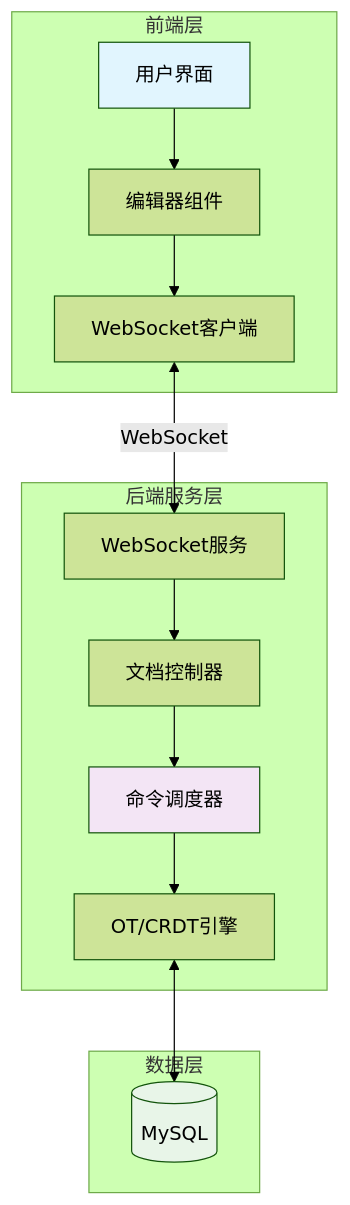
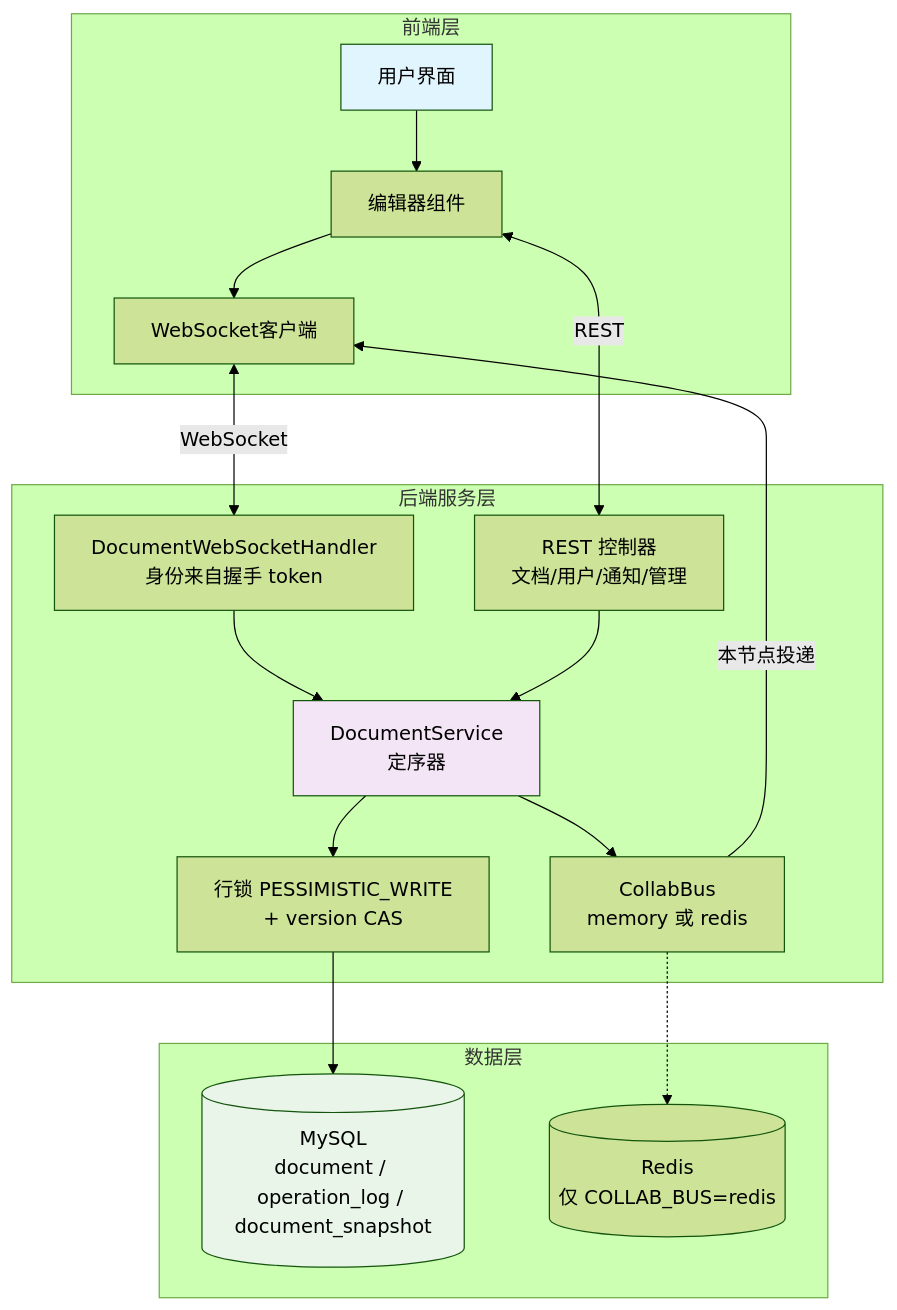
One commit to sky8791-flash/project-design changed the first of 10 diagrams in 系统模式结构图.md. Above: the diagram before and after it, drawn with Mermaid (forest theme). The commit also changed other lines of this file and 11 other files, not shown here.

````diff
--- a/系统模式结构图.md
+++ b/系统模式结构图.md
@@ -5,24 +5,29 @@
 ```mermaid
 graph TB
     subgraph "前端层"
         A1[用户界面] --> A2[编辑器组件]
         A2 --> A3[WebSocket客户端]
     end
     
     subgraph "后端服务层"
-        B1[WebSocket服务] --> B2[文档控制器]
-        B2 --> B3[命令调度器]
-        B3 --> B4[OT/CRDT引擎]
+        B1[DocumentWebSocketHandler<br>身份来自握手 token] --> B2[DocumentService<br>定序器]
+        B0[REST 控制器<br>文档/用户/通知/管理] --> B2
+        B2 --> B3[行锁 PESSIMISTIC_WRITE<br>+ version CAS]
+        B2 --> B4[CollabBus<br>memory 或 redis]
     end
     
     subgraph "数据层"
-        C1[(MySQL)]
+        C1[(MySQL<br>document / operation_log / document_snapshot)]
+        C2[(Redis<br>仅 COLLAB_BUS=redis)]
     end
     
     A3 <-->|WebSocket| B1
-    B4 <--> C1
+    A2 <-->|REST| B0
+    B3 --> C1
+    B4 -.-> C2
+    B4 -->|本节点投递| A3
     
     style A1 fill:#e1f5fe
-    style B3 fill:#f3e5f5
+    style B2 fill:#f3e5f5
     style C1 fill:#e8f5e8
 ```
````
